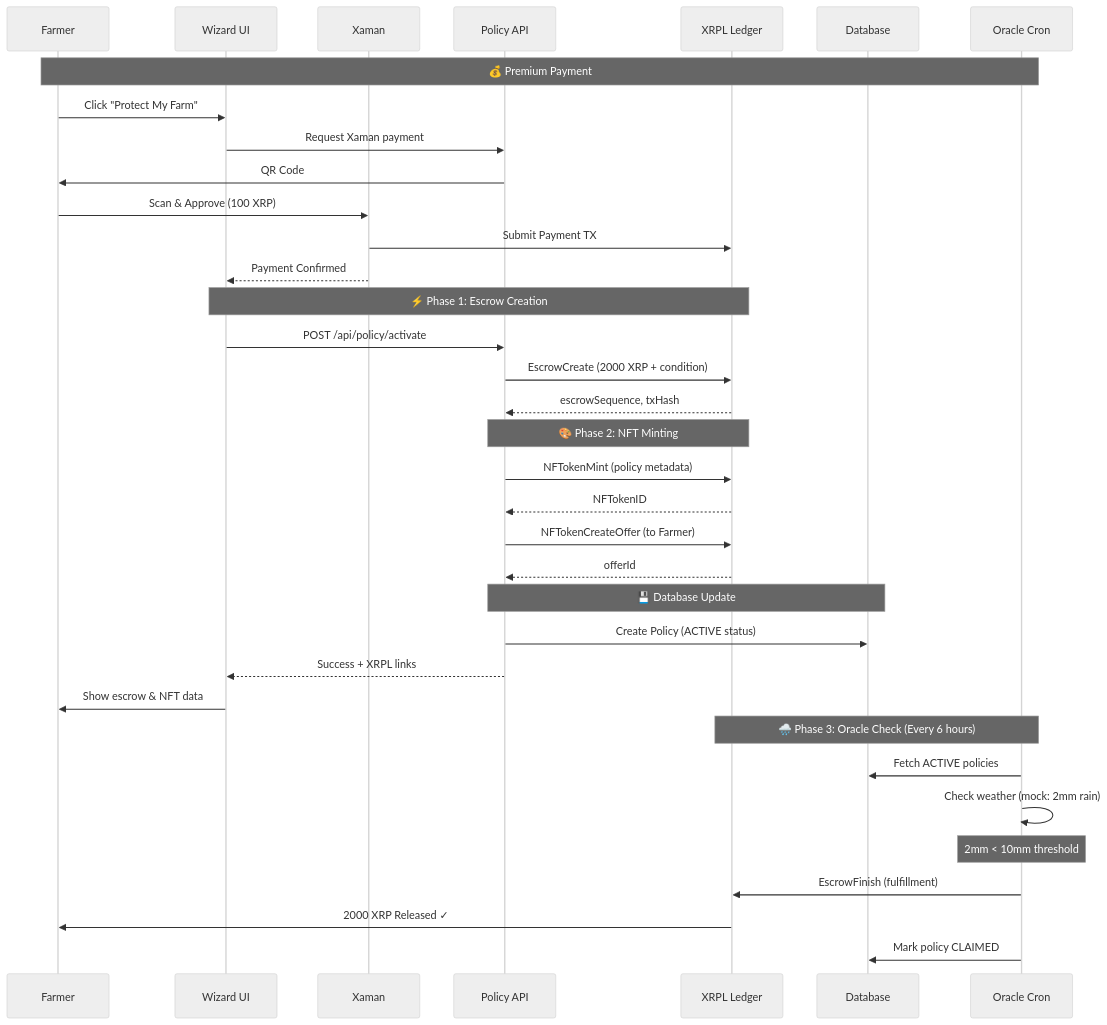
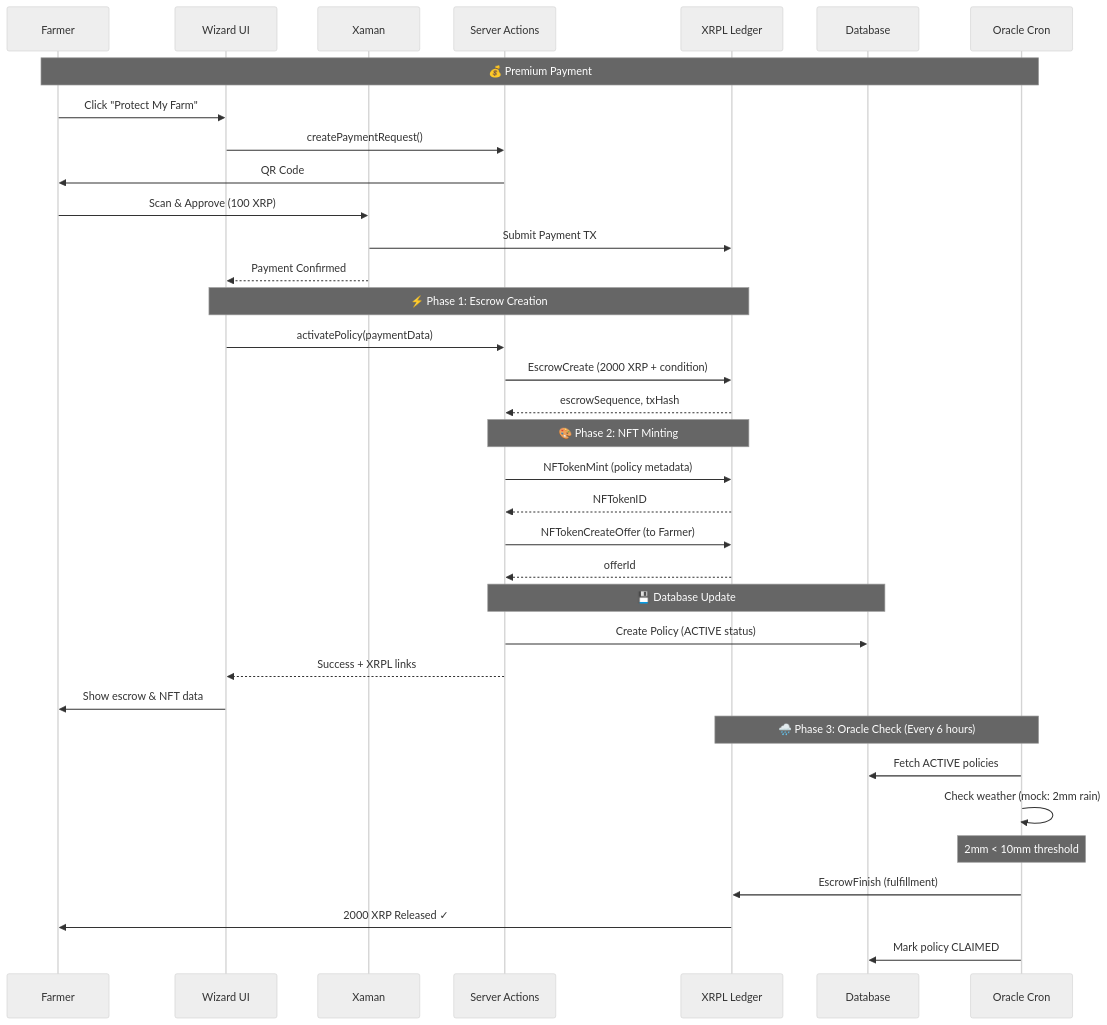
One commit to ianp-1/Canopy changed the second of 6 diagrams in README.md. Above: the diagram before and after it, drawn with Mermaid (neutral theme). The commit also changed other lines of this file and 6 other files, not shown here.

Commit message:
payment flow loading screen

````diff
--- a/README.md
+++ b/README.md
@@ -54,42 +54,42 @@
 ```mermaid
 sequenceDiagram
     participant Farmer
     participant Wizard as Wizard UI
     participant Xaman
-    participant API as Policy API
+    participant Actions as Server Actions
     participant XRPL as XRPL Ledger
     participant DB as Database
     participant Cron as Oracle Cron
 
     Note over Farmer,Cron: 💰 Premium Payment
     Farmer->>Wizard: Click "Protect My Farm"
-    Wizard->>API: Request Xaman payment
-    API->>Farmer: QR Code
+    Wizard->>Actions: createPaymentRequest()
+    Actions->>Farmer: QR Code
     Farmer->>Xaman: Scan & Approve (100 XRP)
     Xaman->>XRPL: Submit Payment TX
     Xaman-->>Wizard: Payment Confirmed
 
     Note over Wizard,XRPL: ⚡ Phase 1: Escrow Creation
-    Wizard->>API: POST /api/policy/activate
-    API->>XRPL: EscrowCreate (2000 XRP + condition)
-    XRPL-->>API: escrowSequence, txHash
+    Wizard->>Actions: activatePolicy(paymentData)
+    Actions->>XRPL: EscrowCreate (2000 XRP + condition)
+    XRPL-->>Actions: escrowSequence, txHash
 
-    Note over API,XRPL: 🎨 Phase 2: NFT Minting
-    API->>XRPL: NFTokenMint (policy metadata)
-    XRPL-->>API: NFTokenID
-    API->>XRPL: NFTokenCreateOffer (to Farmer)
-    XRPL-->>API: offerId
+    Note over Actions,XRPL: 🎨 Phase 2: NFT Minting
+    Actions->>XRPL: NFTokenMint (policy metadata)
+    XRPL-->>Actions: NFTokenID
+    Actions->>XRPL: NFTokenCreateOffer (to Farmer)
+    XRPL-->>Actions: offerId
     
-    Note over API,DB: 💾 Database Update
-    API->>DB: Create Policy (ACTIVE status)
-    API-->>Wizard: Success + XRPL links
+    Note over Actions,DB: 💾 Database Update
+    Actions->>DB: Create Policy (ACTIVE status)
+    Actions-->>Wizard: Success + XRPL links
     Wizard->>Farmer: Show escrow & NFT data
 
     Note over Cron,XRPL: 🌧️ Phase 3: Oracle Check (Every 6 hours)
     Cron->>DB: Fetch ACTIVE policies
     Cron->>Cron: Check weather (mock: 2mm rain)
     Note over Cron: 2mm < 10mm threshold
     Cron->>XRPL: EscrowFinish (fulfillment)
     XRPL->>Farmer: 2000 XRP Released ✓
     Cron->>DB: Mark policy CLAIMED
 ```
````
